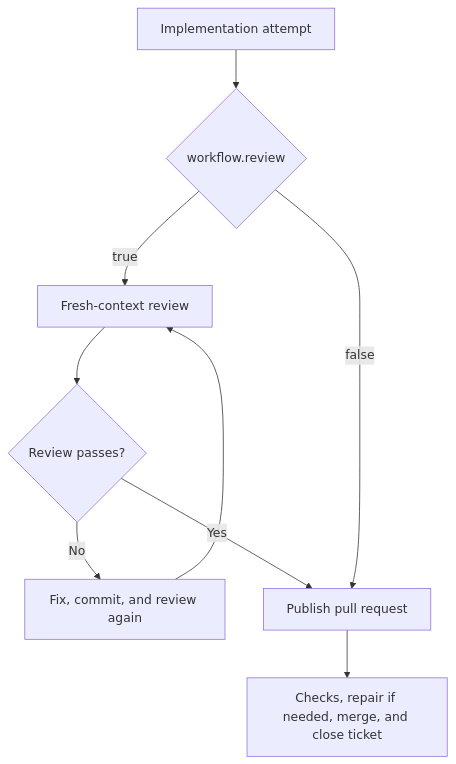
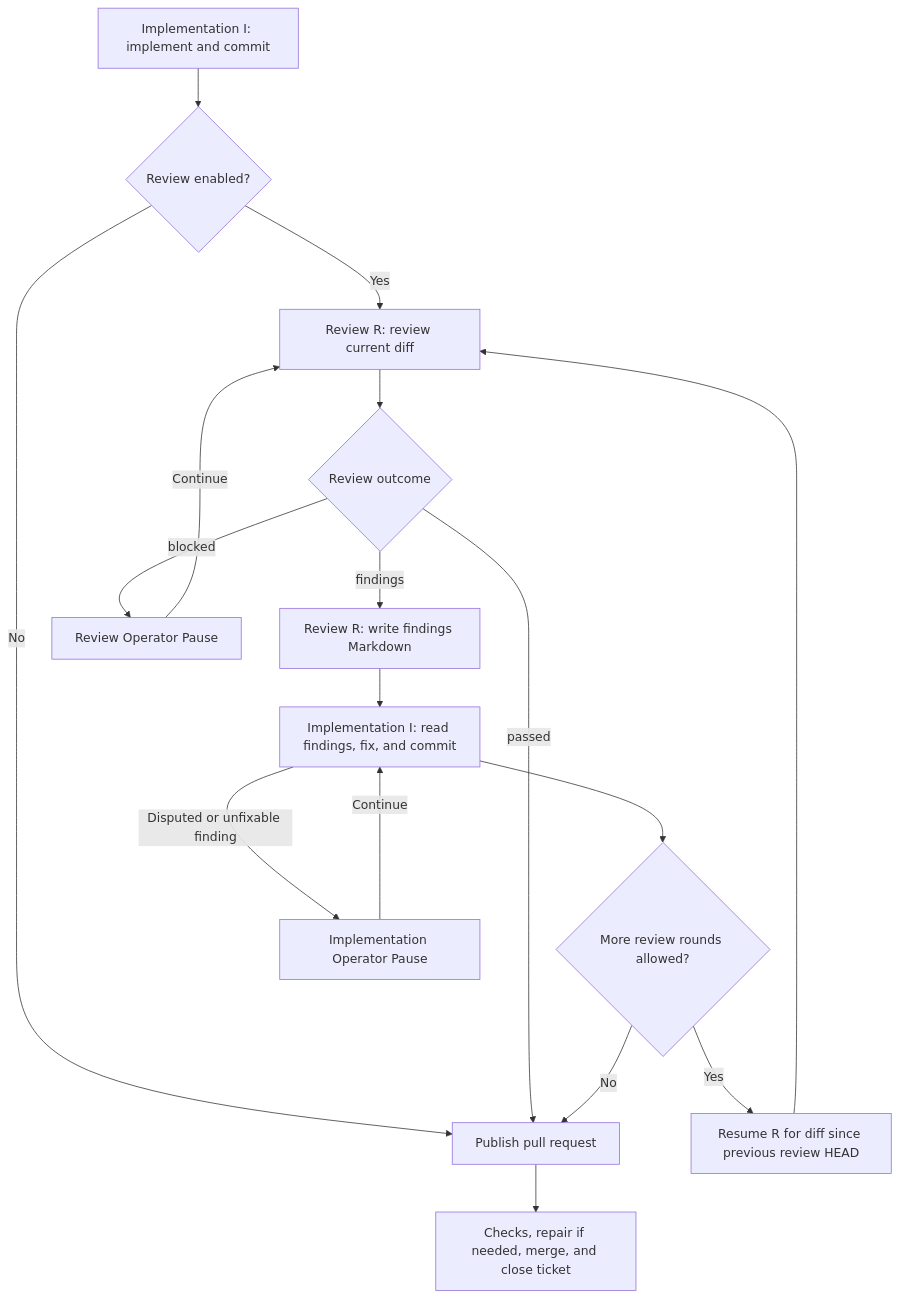
The second of 2 diagrams in projects/README.md (BuddyLabsCo/sandcastle-runner), drawn with Mermaid before and after one commit. The commit also changed other lines of this file and 58 other files, not shown here.

First line of the commit message:
feat: [issue-249] separate review and implementation sessions (#250)

````diff
--- a/projects/README.md
+++ b/projects/README.md
@@ -140,11 +125,19 @@
 ```mermaid
 flowchart TD
-    A[Implementation attempt] --> B{workflow.review}
-    B -- true --> C[Fresh-context review]
-    C --> D{Review passes?}
-    D -- No --> E[Fix, commit, and review again]
-    E --> C
-    D -- Yes --> F[Publish pull request]
-    B -- false --> F
+    A[Implementation I: implement and commit] --> B{Review enabled?}
+    B -- Yes --> C[Review R: review current diff]
+    B -- No --> F[Publish pull request]
+    C --> D{Review outcome}
+    D -- passed --> F
+    D -- findings --> E[Review R: write findings Markdown]
+    E --> H[Implementation I: read findings, fix, and commit]
+    H --> J{More review rounds allowed?}
+    J -- Yes --> K[Resume R for diff since previous review HEAD]
+    K --> C
+    J -- No --> F
+    D -- blocked --> P[Review Operator Pause]
+    P -- Continue --> C
+    H -- Disputed or unfixable finding --> Q[Implementation Operator Pause]
+    Q -- Continue --> H
     F --> G[Checks, repair if needed, merge, and close ticket]
 ```
````
